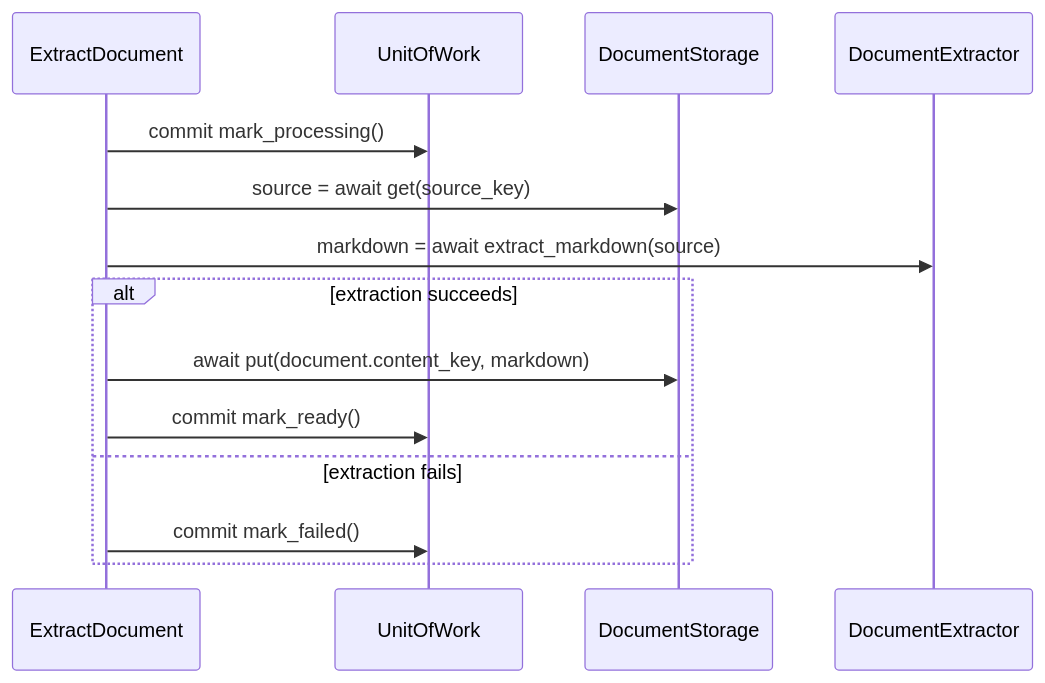
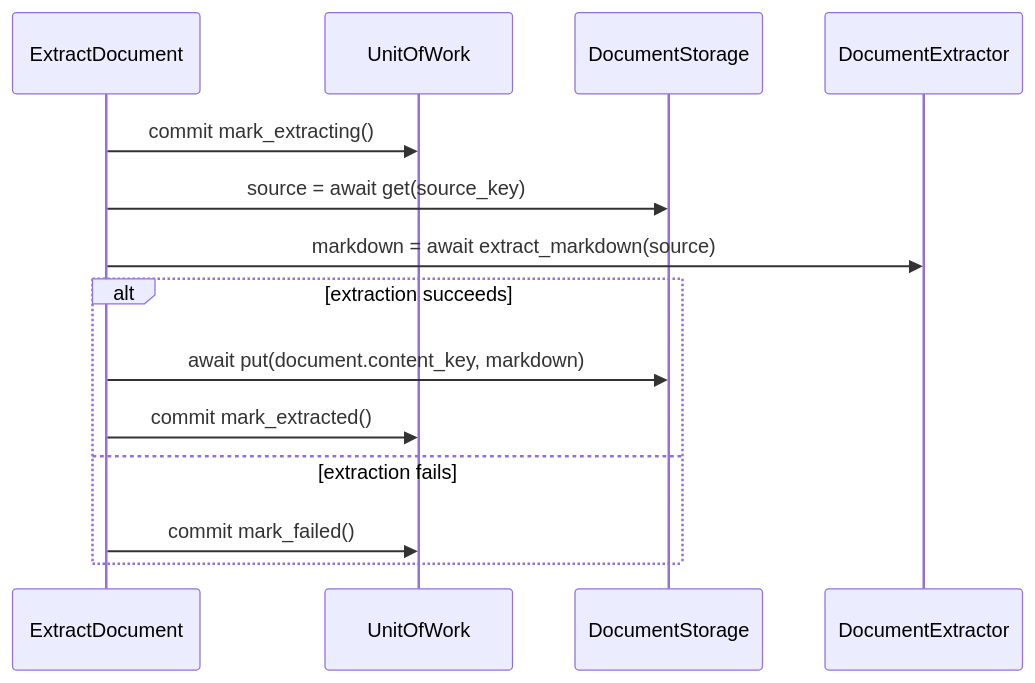
One commit to jacogro13/Cicero changed the fifth of 8 diagrams in docs/architecture.md. Above: the diagram before and after it, drawn with Mermaid. The commit also changed other lines of this file, not shown here.

Commit message:
docs(architecture): the stage table; recovery collapses into dispatch

````diff
--- a/docs/architecture.md
+++ b/docs/architecture.md
@@ -214,16 +218,16 @@
 ```mermaid
 sequenceDiagram
     participant U as ExtractDocument
     participant W as UnitOfWork
     participant S as DocumentStorage
     participant E as DocumentExtractor
-    U->>W: commit mark_processing()
+    U->>W: commit mark_extracting()
     U->>S: source = await get(source_key)
     U->>E: markdown = await extract_markdown(source)
     alt extraction succeeds
         U->>S: await put(document.content_key, markdown)
-        U->>W: commit mark_ready()
+        U->>W: commit mark_extracted()
     else extraction fails
         U->>W: commit mark_failed()
     end
 ```
````
